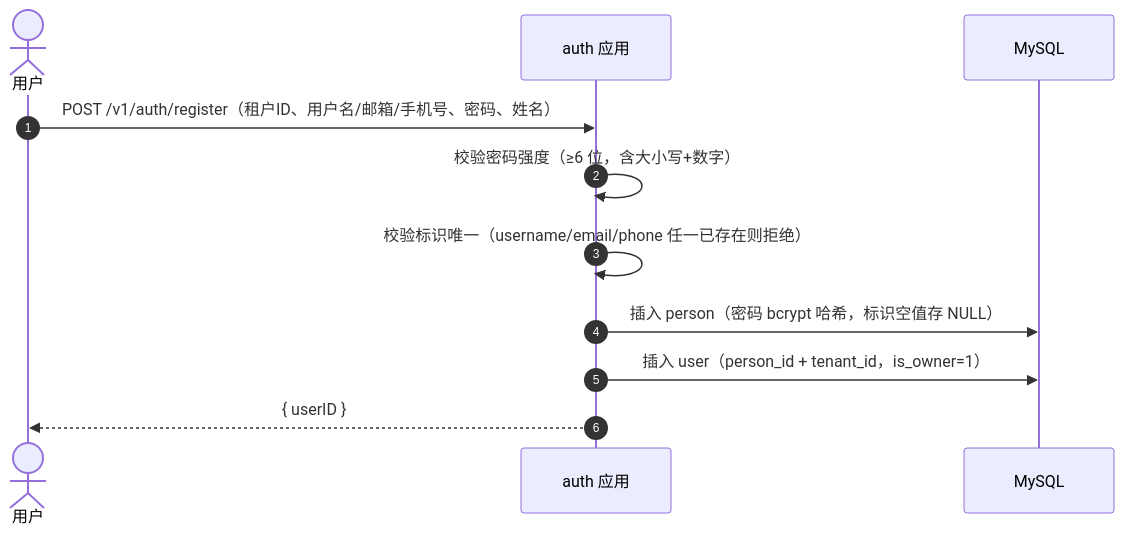
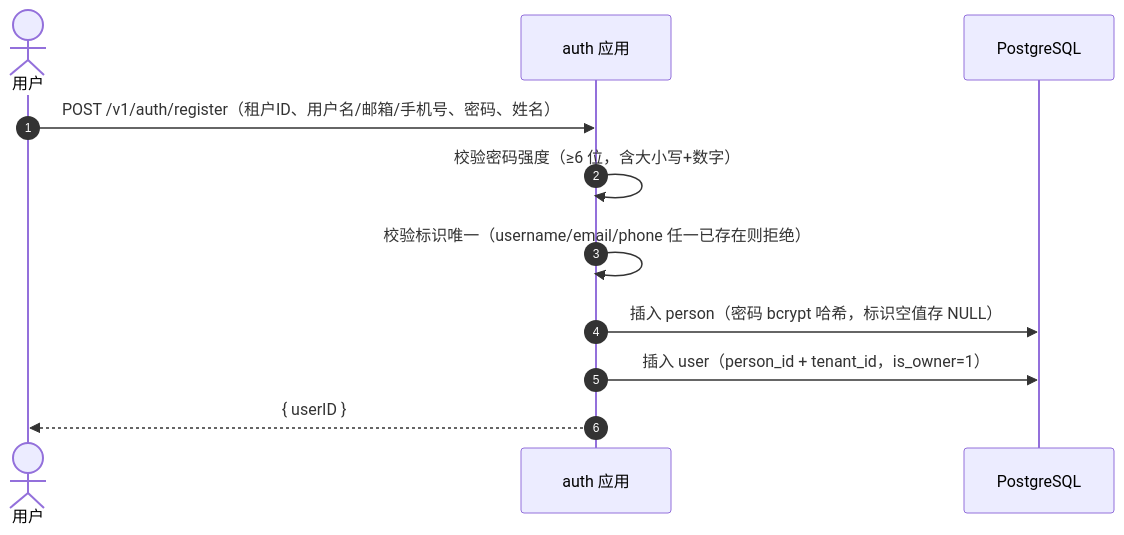
The fourth of 13 diagrams in docs/design/system-design.md (morehao/ark-iam), drawn with Mermaid before and after one commit. The commit also changed other lines of this file and 287 other files, not shown here.

First line of the commit message:
feat: migrate to string-ID primary keys with PostgreSQL support (#35)

````diff
--- a/docs/design/system-design.md
+++ b/docs/design/system-design.md
@@ -596,14 +596,14 @@
 ```mermaid
 sequenceDiagram
     autonumber
     actor U as 用户
     participant A as auth 应用
-    participant DB as MySQL
+    participant DB as PostgreSQL
 
     U->>A: POST /v1/auth/register（租户ID、用户名/邮箱/手机号、密码、姓名）
     A->>A: 校验密码强度（≥6 位，含大小写+数字）
     A->>A: 校验标识唯一（username/email/phone 任一已存在则拒绝）
     A->>DB: 插入 person（密码 bcrypt 哈希，标识空值存 NULL）
     A->>DB: 插入 user（person_id + tenant_id，is_owner=1）
     A-->>U: { userID }
 ```
````
